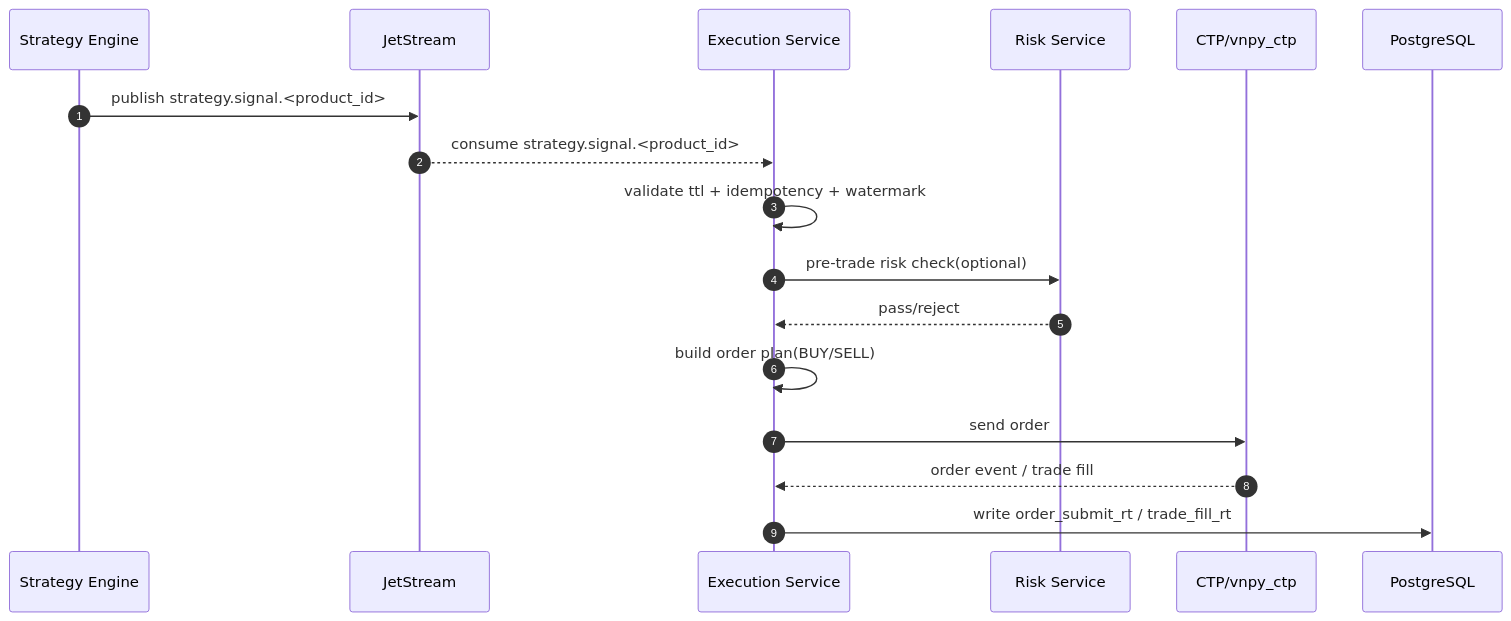
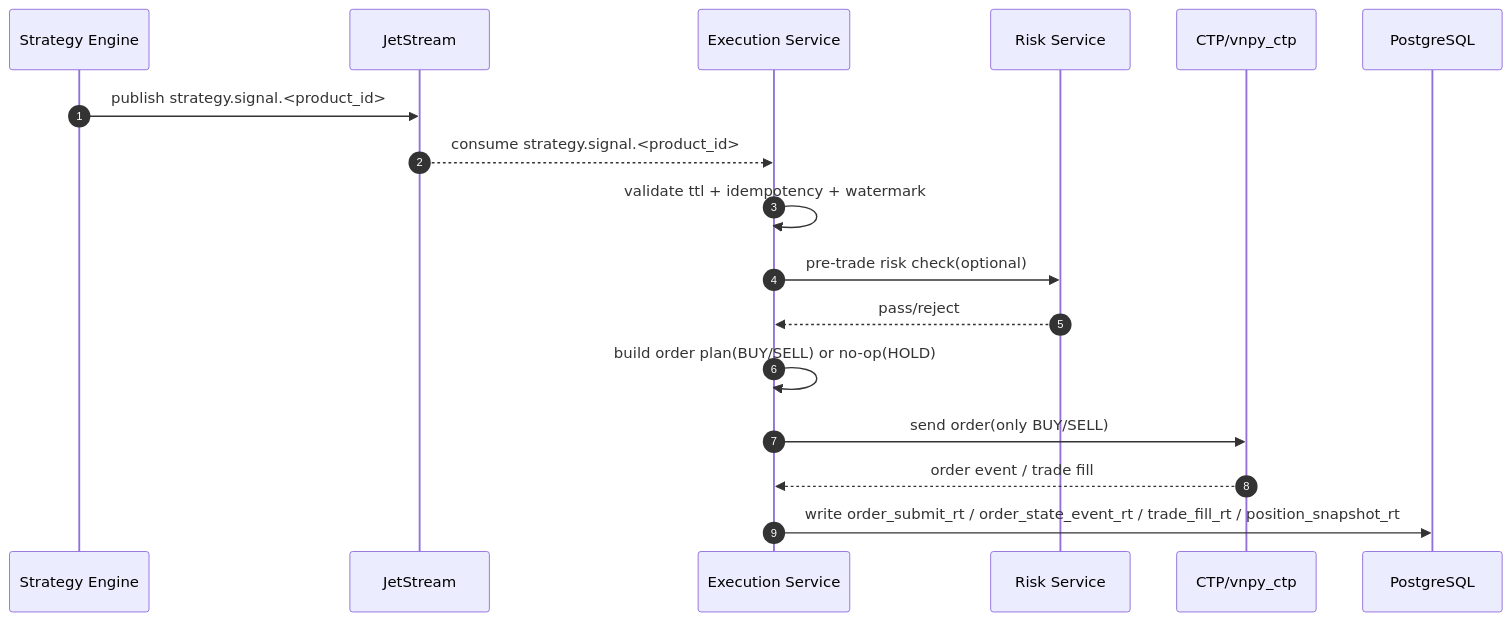
Before and after one commit to lancewliang/vnpy_hft: the second of 4 diagrams in docs/design/04_execution_service_technical_design.md, drawn with Mermaid. The commit also changed other lines of this file and 4 other files, not shown here.

````diff
--- a/docs/design/04_execution_service_technical_design.md
+++ b/docs/design/04_execution_service_technical_design.md
@@ -385,20 +439,20 @@
 ```mermaid
 sequenceDiagram
     autonumber
     participant SE as Strategy Engine
     participant MQ as JetStream
     participant OMS as Execution Service
     participant RS as Risk Service
     participant EX as CTP/vnpy_ctp
     participant PG as PostgreSQL
 
     SE->>MQ: publish strategy.signal.<product_id>
     MQ-->>OMS: consume strategy.signal.<product_id>
     OMS->>OMS: validate ttl + idempotency + watermark
     OMS->>RS: pre-trade risk check(optional)
     RS-->>OMS: pass/reject
-    OMS->>OMS: build order plan(BUY/SELL)
-    OMS->>EX: send order
+    OMS->>OMS: build order plan(BUY/SELL) or no-op(HOLD)
+    OMS->>EX: send order(only BUY/SELL)
     EX-->>OMS: order event / trade fill
-    OMS->>PG: write order_submit_rt / trade_fill_rt
+    OMS->>PG: write order_submit_rt / order_state_event_rt / trade_fill_rt / position_snapshot_rt
 ```
````
